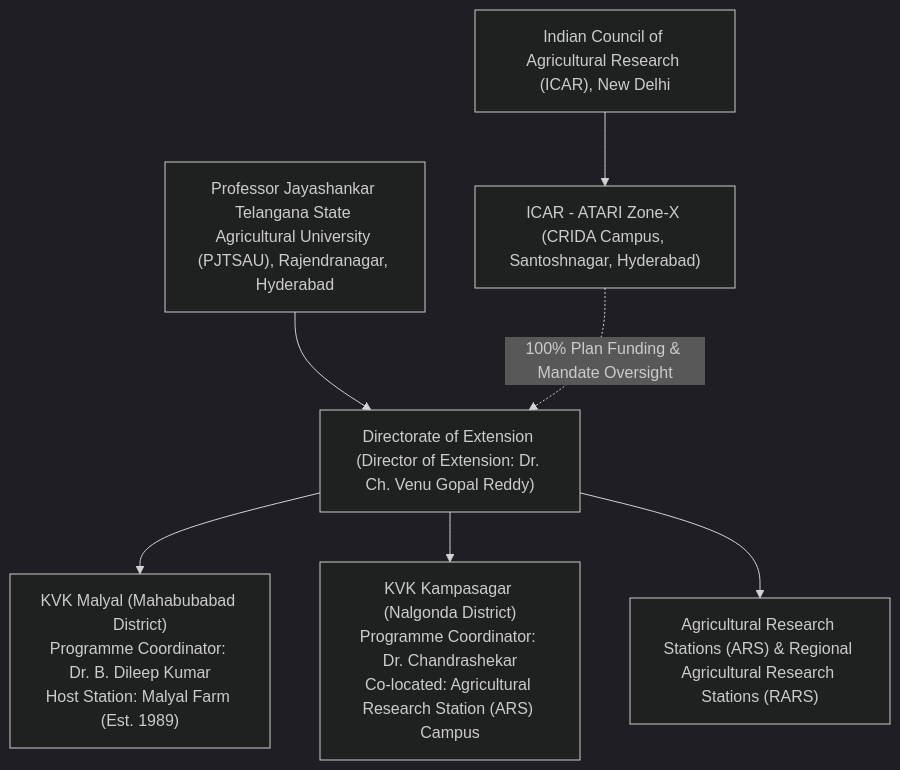
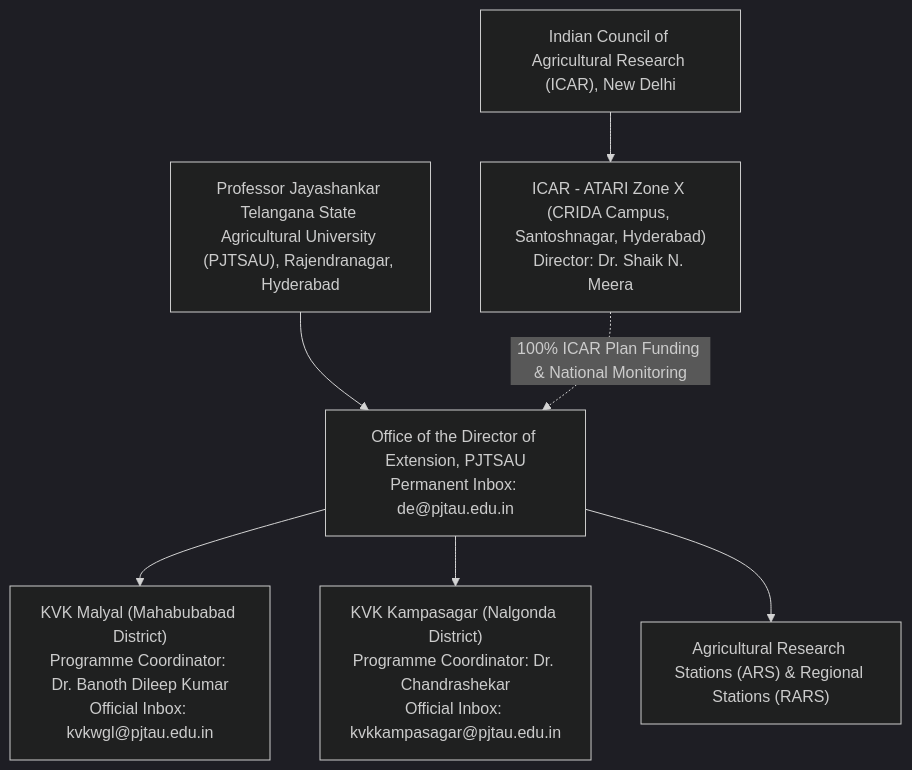
The diagram in docs/pilot/kvk/INSTITUTIONAL_DUE_DILIGENCE_REPORT.md (gokul1599/ACREVIA), drawn with Mermaid (dark theme) before and after one commit. The commit also changed other lines of this file and 8 other files, not shown here.

````diff
--- a/docs/pilot/kvk/INSTITUTIONAL_DUE_DILIGENCE_REPORT.md
+++ b/docs/pilot/kvk/INSTITUTIONAL_DUE_DILIGENCE_REPORT.md
@@ -31,9 +32,9 @@
 ```mermaid
 flowchart TD
-    ICAR["Indian Council of Agricultural Research (ICAR), New Delhi"] --> ATARI["ICAR - ATARI Zone-X (CRIDA Campus, Santoshnagar, Hyderabad)"]
-    PJTSAU["Professor Jayashankar Telangana State Agricultural University (PJTSAU), Rajendranagar, Hyderabad"] --> DoE["Directorate of Extension (Director of Extension: Dr. Ch. Venu Gopal Reddy)"]
-    ATARI -.->|100% Plan Funding & Mandate Oversight| DoE
-    DoE --> KVK_Malyal["KVK Malyal (Mahabubabad District)<br>Programme Coordinator: Dr. B. Dileep Kumar<br>Host Station: Malyal Farm (Est. 1989)"]
-    DoE --> KVK_Kampa["KVK Kampasagar (Nalgonda District)<br>Programme Coordinator: Dr. Chandrashekar<br>Co-located: Agricultural Research Station (ARS) Campus"]
-    DoE --> ARS["Agricultural Research Stations (ARS) & Regional Agricultural Research Stations (RARS)"]
+    ICAR["Indian Council of Agricultural Research (ICAR), New Delhi"] --> ATARI["ICAR - ATARI Zone X (CRIDA Campus, Santoshnagar, Hyderabad)<br>Director: Dr. Shaik N. Meera"]
+    PJTSAU["Professor Jayashankar Telangana State Agricultural University (PJTSAU), Rajendranagar, Hyderabad"] --> DoE["Office of the Director of Extension, PJTSAU<br>Permanent Inbox: de@pjtau.edu.in"]
+    ATARI -.->|100% ICAR Plan Funding & National Monitoring| DoE
+    DoE --> KVK_Malyal["KVK Malyal (Mahabubabad District)<br>Programme Coordinator: Dr. Banoth Dileep Kumar<br>Official Inbox: kvkwgl@pjtau.edu.in"]
+    DoE --> KVK_Kampa["KVK Kampasagar (Nalgonda District)<br>Programme Coordinator: Dr. Chandrashekar<br>Official Inbox: kvkkampasagar@pjtau.edu.in"]
+    DoE --> ARS["Agricultural Research Stations (ARS) & Regional Stations (RARS)"]
 ```
````
